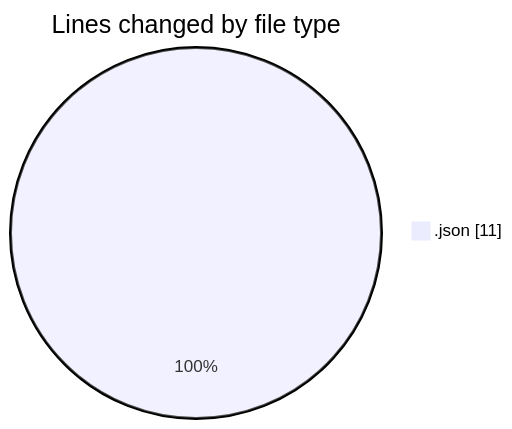
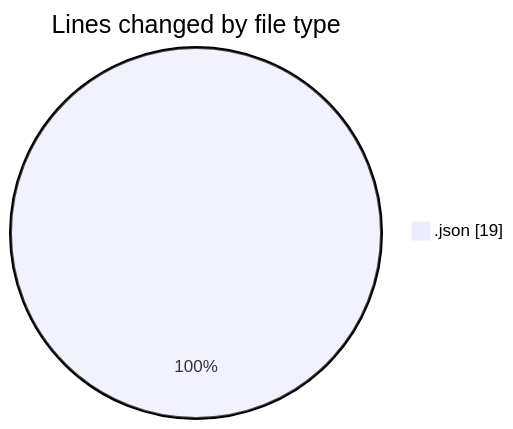
The first of 2 diagrams in 2025-08-18/reflect-parser/README.md (EIIisD/code-tracking), drawn with Mermaid before and after one commit. The commit also changed other lines of this file and 1 other file, not shown here.

````diff
--- a/2025-08-18/reflect-parser/README.md
+++ b/2025-08-18/reflect-parser/README.md
@@ -20,5 +20,5 @@
 ```mermaid
 pie showData
 title Lines changed by file type
-".json" : 11
+".json" : 19
 ```
````
